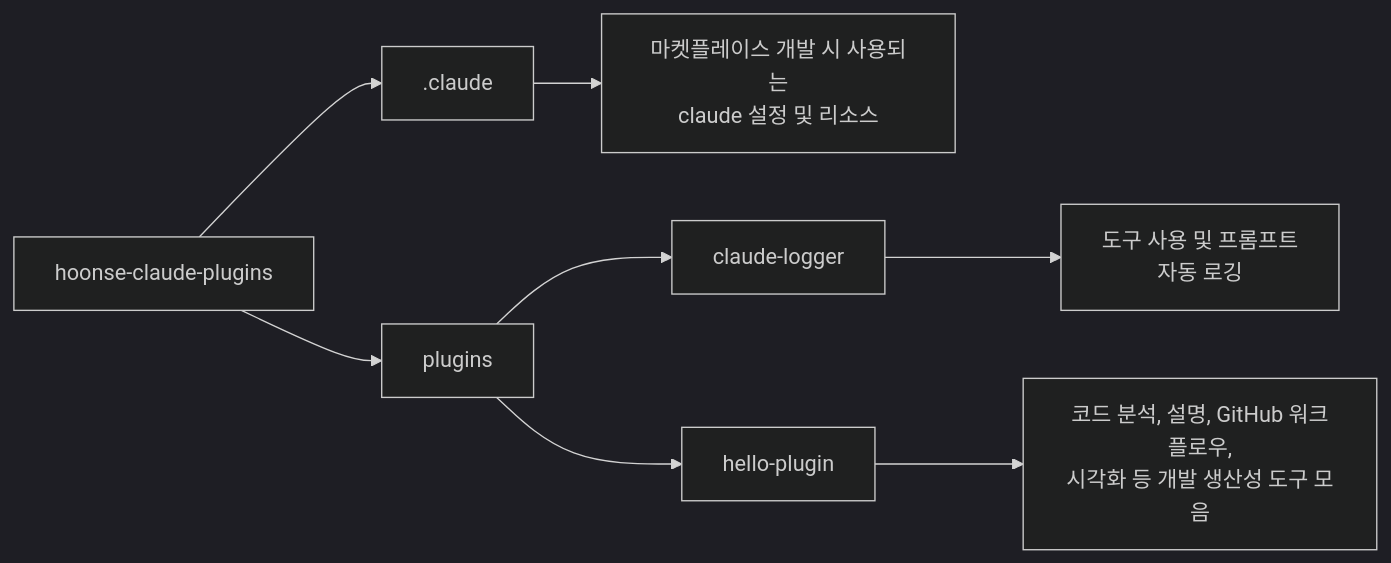
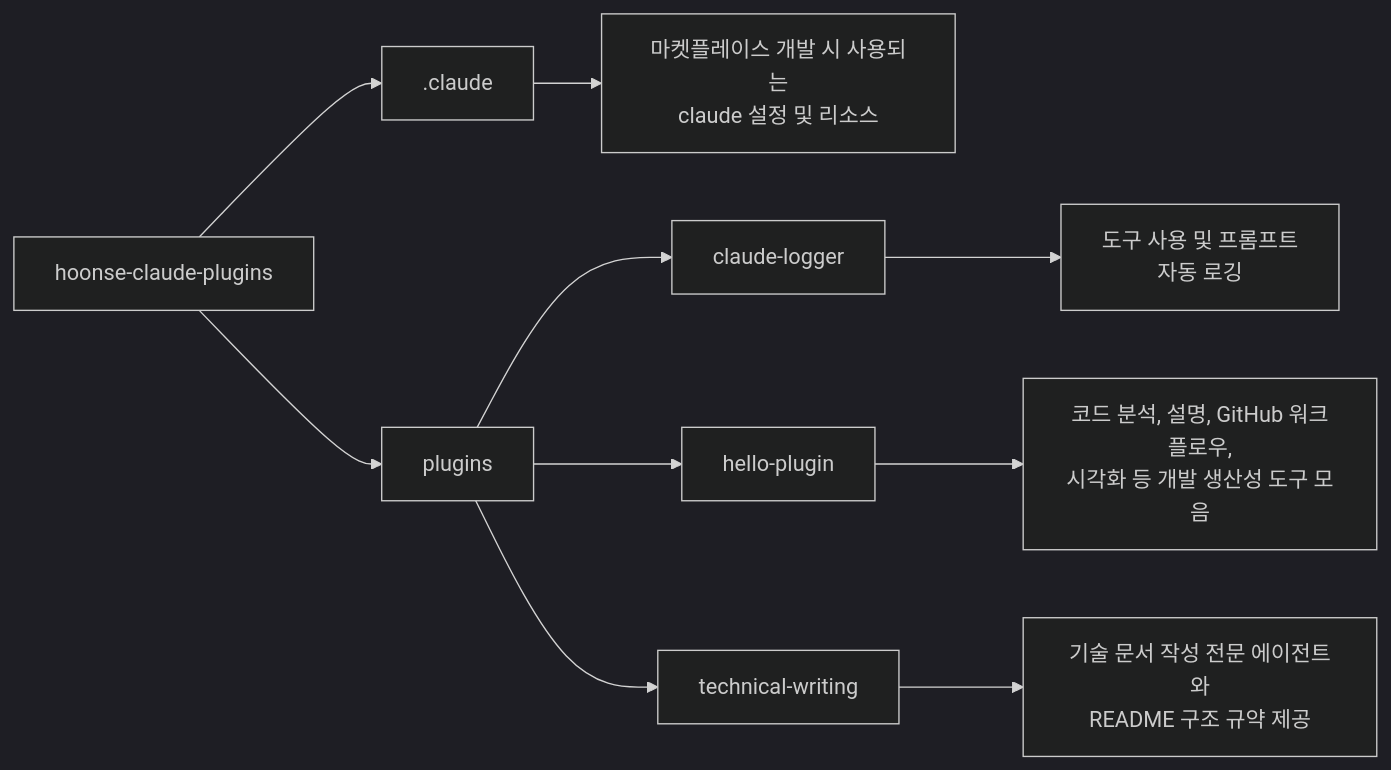
The diagram in README.md (iamhoonse-dev/hoonse-claude-plugins), drawn with Mermaid (dark theme) before and after one commit. The commit also changed other lines of this file and 9 other files, not shown here.

First line of the commit message:
feat(technical-writing): 기술 문서 작성 전담 플러그인 생성 및 기존 에이전트/스킬 이동

````diff
--- a/README.md
+++ b/README.md
@@ -7,10 +7,12 @@
 ```mermaid
 graph LR
     A[hoonse-claude-plugins] --> B[.claude]
     B --> B1[마켓플레이스 개발 시 사용되는<br/>claude 설정 및 리소스]
     A --> C[plugins]
     C --> D[claude-logger]
     D --> D1[도구 사용 및 프롬프트<br/>자동 로깅]
     C --> E[hello-plugin]
     E --> E1[코드 분석, 설명, GitHub 워크플로우,<br/>시각화 등 개발 생산성 도구 모음]
+    C --> F[technical-writing]
+    F --> F1[기술 문서 작성 전문 에이전트와<br/>README 구조 규약 제공]
 ```
````
